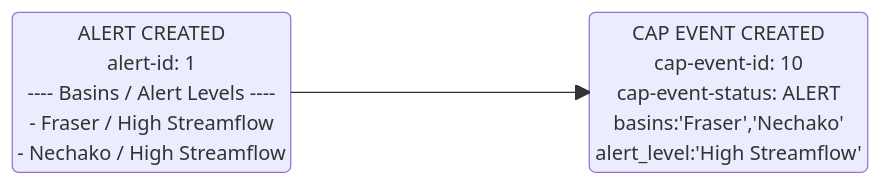
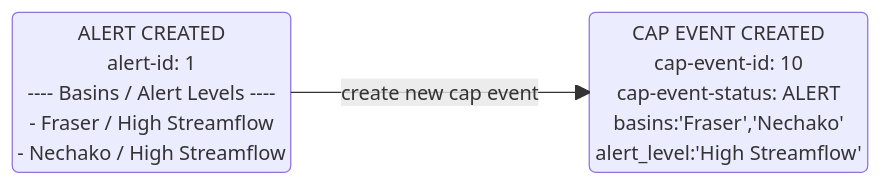
Before and after one commit to bcgov/nr-rfc-alertauthoring: the first of 8 diagrams in docs/backend-planning/data_flow.md, drawn with Mermaid. The commit also changed other lines of this file, not shown here.

````diff
--- a/docs/backend-planning/data_flow.md
+++ b/docs/backend-planning/data_flow.md
@@ -26,9 +28,9 @@
 ```mermaid
 block-beta
   columns 3
   new_alert("ALERT CREATED\nalert-id: 1\n---- Basins / Alert Levels ----\n - Fraser / High Streamflow \n- Nechako / High Streamflow")
   space
   cap_event_1("CAP EVENT CREATED\ncap-event-id: 10\ncap-event-status: ALERT\nbasins:'Fraser','Nechako' \nalert_level:'High Streamflow'")
 
-  new_alert --> cap_event_1
+  new_alert-- "create new cap event" --> cap_event_1
 ```
````
